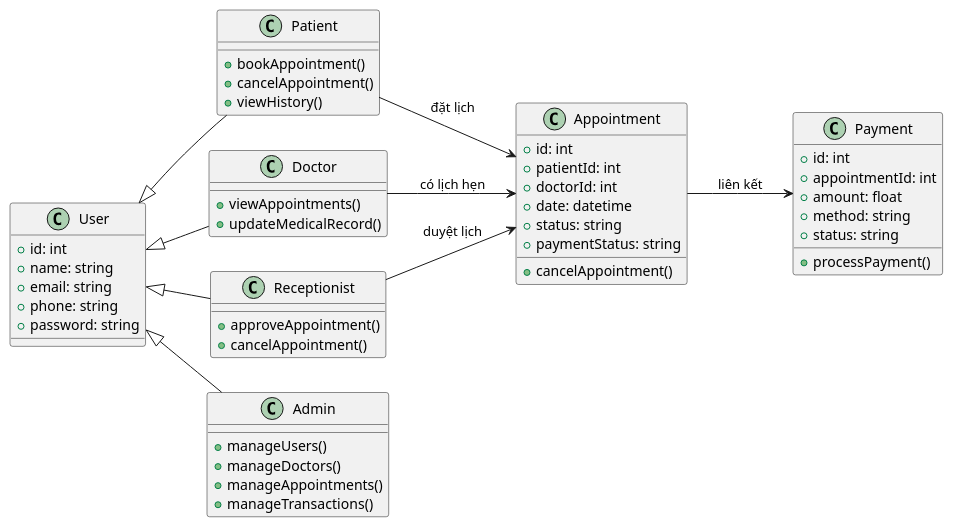
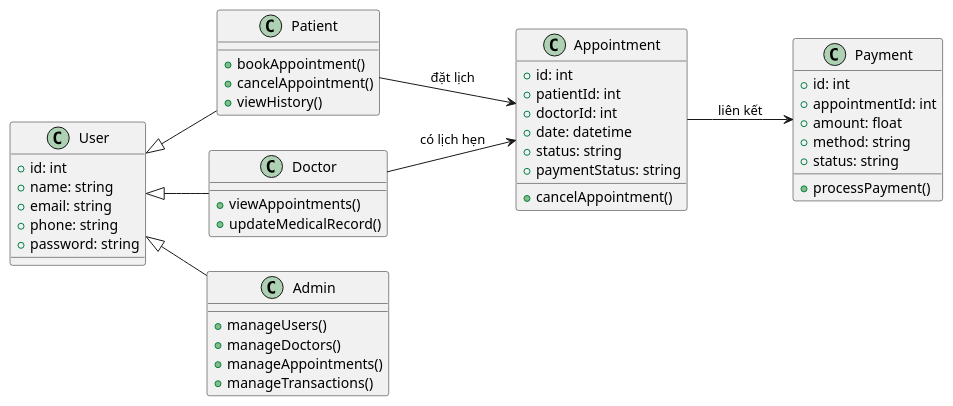
One commit to KhoaSinno/figma_HOMEX changed the diagram in Diagram_PlantUML/ClassDia/ClassDiagram.puml. Above: the diagram before and after it, drawn with PlantUML. The commit also changed 2 other files, not shown here.

```diff
--- a/Diagram_PlantUML/ClassDia/ClassDiagram.puml
+++ b/Diagram_PlantUML/ClassDia/ClassDiagram.puml
@@ -1,63 +1,56 @@
 @startuml
 left to right direction
 
 class Appointment {
   +id: int
   +patientId: int
   +doctorId: int
   +date: datetime
   +status: string
   +paymentStatus: string
   +cancelAppointment()
 }
 
 class Payment {
   +id: int
   +appointmentId: int
   +amount: float
   +method: string
   +status: string
   +processPayment()
 }
 
 class User {
   +id: int
   +name: string
   +email: string
   +phone: string
   +password: string
 }
 
 class Patient {
   +bookAppointment()
   +cancelAppointment()
   +viewHistory()
 }
 
 class Doctor {
   +viewAppointments()
   +updateMedicalRecord()
 }
 
-class Receptionist {
-  +approveAppointment()
-  +cancelAppointment()
-}
-
 class Admin {
   +manageUsers()
   +manageDoctors()
   +manageAppointments()
   +manageTransactions()
 }
 
 User <|-- Patient
 User <|-- Doctor
-User <|-- Receptionist
 User <|-- Admin
 
 Patient --> Appointment : "đặt lịch"
 Doctor --> Appointment : "có lịch hẹn"
-Receptionist --> Appointment : "duyệt lịch"
 Appointment --> Payment : "liên kết"
 @enduml
```
